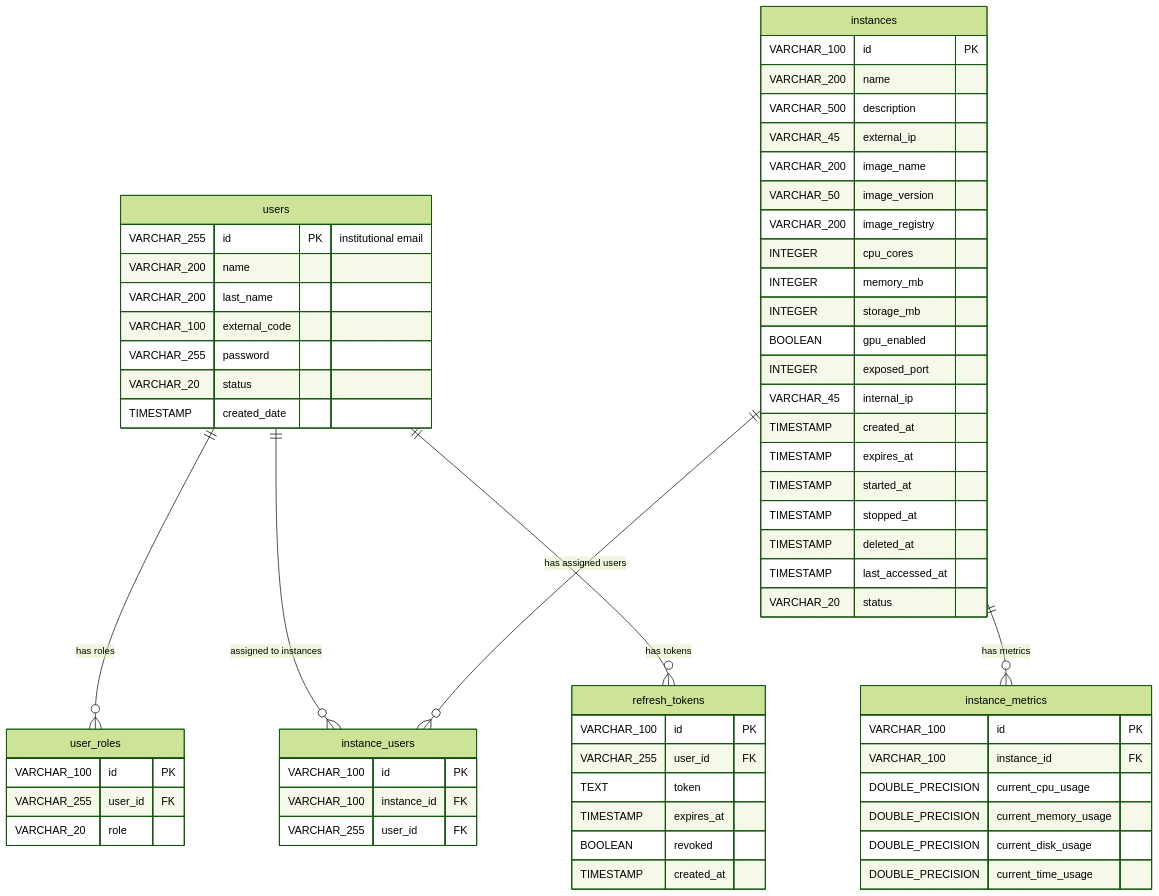
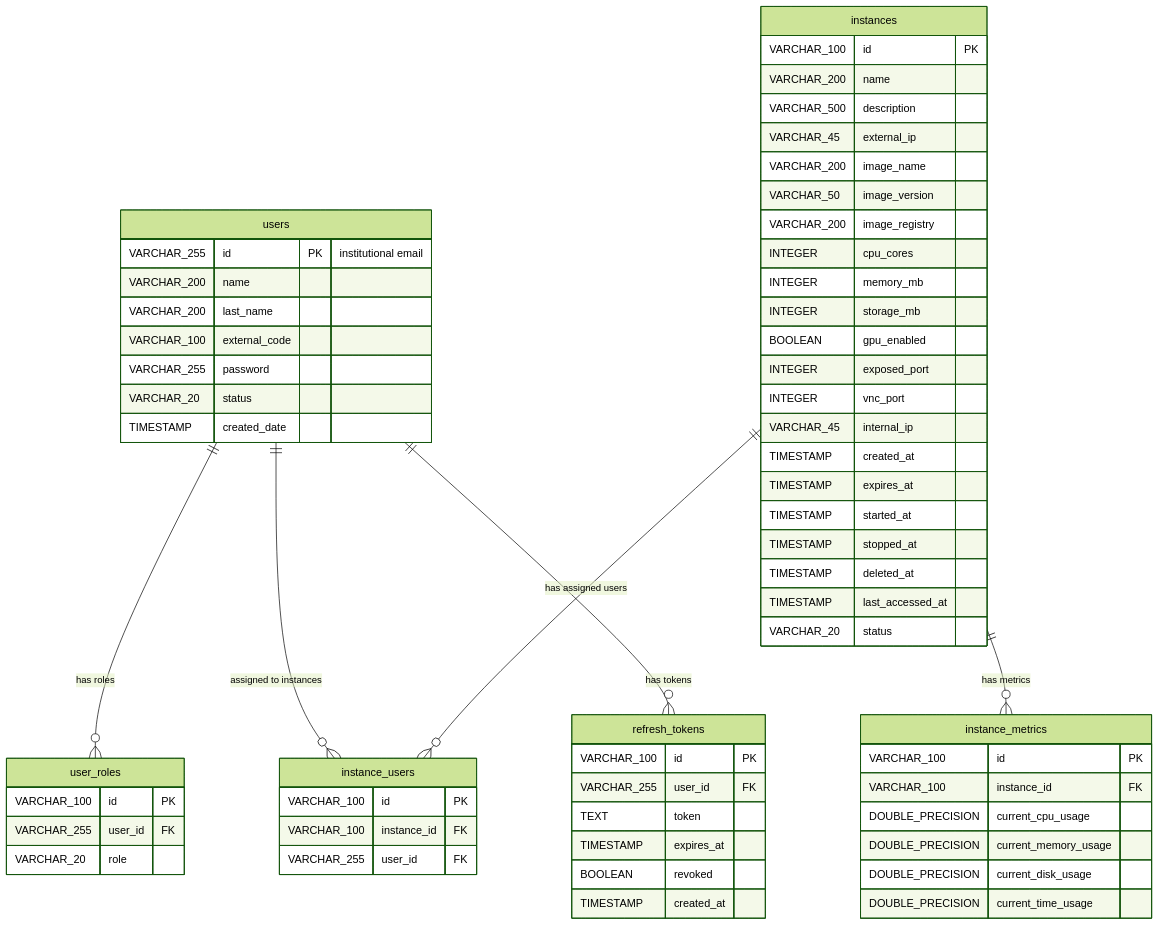
One commit to Univalle-Gadim-Lab/virtual-lab-platform changed the diagram in architecture/DATABASE.md. Above: the diagram before and after it, drawn with Mermaid (forest theme). The commit also changed other lines of this file and 18 other files, not shown here.

````diff
--- a/architecture/DATABASE.md
+++ b/architecture/DATABASE.md
@@ -9,71 +9,72 @@
 ```mermaid
 erDiagram
     users {
         VARCHAR_255 id PK "institutional email"
         VARCHAR_200 name
         VARCHAR_200 last_name
         VARCHAR_100 external_code
         VARCHAR_255 password
         VARCHAR_20 status
         TIMESTAMP created_date
     }
 
     user_roles {
         VARCHAR_100 id PK
         VARCHAR_255 user_id FK
         VARCHAR_20 role
     }
 
     instances {
         VARCHAR_100 id PK
         VARCHAR_200 name
         VARCHAR_500 description
         VARCHAR_45 external_ip
         VARCHAR_200 image_name
         VARCHAR_50 image_version
         VARCHAR_200 image_registry
         INTEGER cpu_cores
         INTEGER memory_mb
         INTEGER storage_mb
         BOOLEAN gpu_enabled
         INTEGER exposed_port
+        INTEGER vnc_port
         VARCHAR_45 internal_ip
         TIMESTAMP created_at
         TIMESTAMP expires_at
         TIMESTAMP started_at
         TIMESTAMP stopped_at
         TIMESTAMP deleted_at
         TIMESTAMP last_accessed_at
         VARCHAR_20 status
     }
 
     instance_metrics {
         VARCHAR_100 id PK
         VARCHAR_100 instance_id FK
         DOUBLE_PRECISION current_cpu_usage
         DOUBLE_PRECISION current_memory_usage
         DOUBLE_PRECISION current_disk_usage
         DOUBLE_PRECISION current_time_usage
     }
 
     instance_users {
         VARCHAR_100 id PK
         VARCHAR_100 instance_id FK
         VARCHAR_255 user_id FK
     }
 
     refresh_tokens {
         VARCHAR_100 id PK
         VARCHAR_255 user_id FK
         TEXT token
         TIMESTAMP expires_at
         BOOLEAN revoked
         TIMESTAMP created_at
     }
 
     users ||--o{ user_roles : "has roles"
     users ||--o{ instance_users : "assigned to instances"
     users ||--o{ refresh_tokens : "has tokens"
     instances ||--o{ instance_users : "has assigned users"
     instances ||--o{ instance_metrics : "has metrics"
 ```
````
